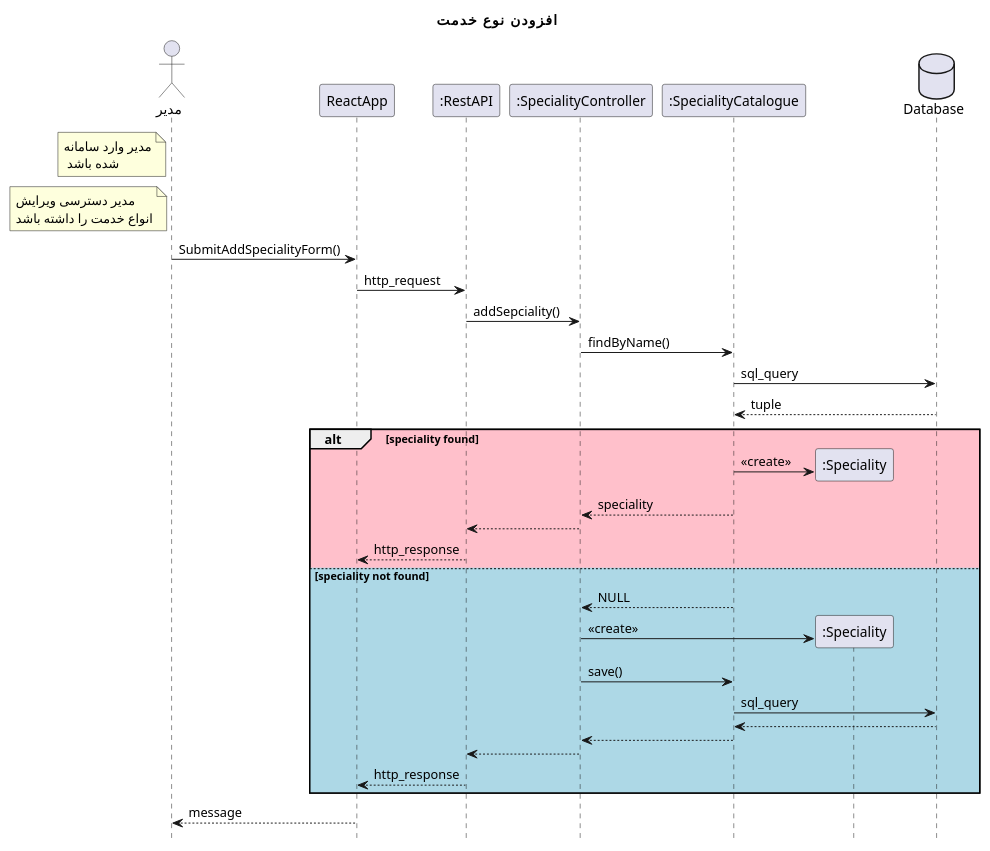
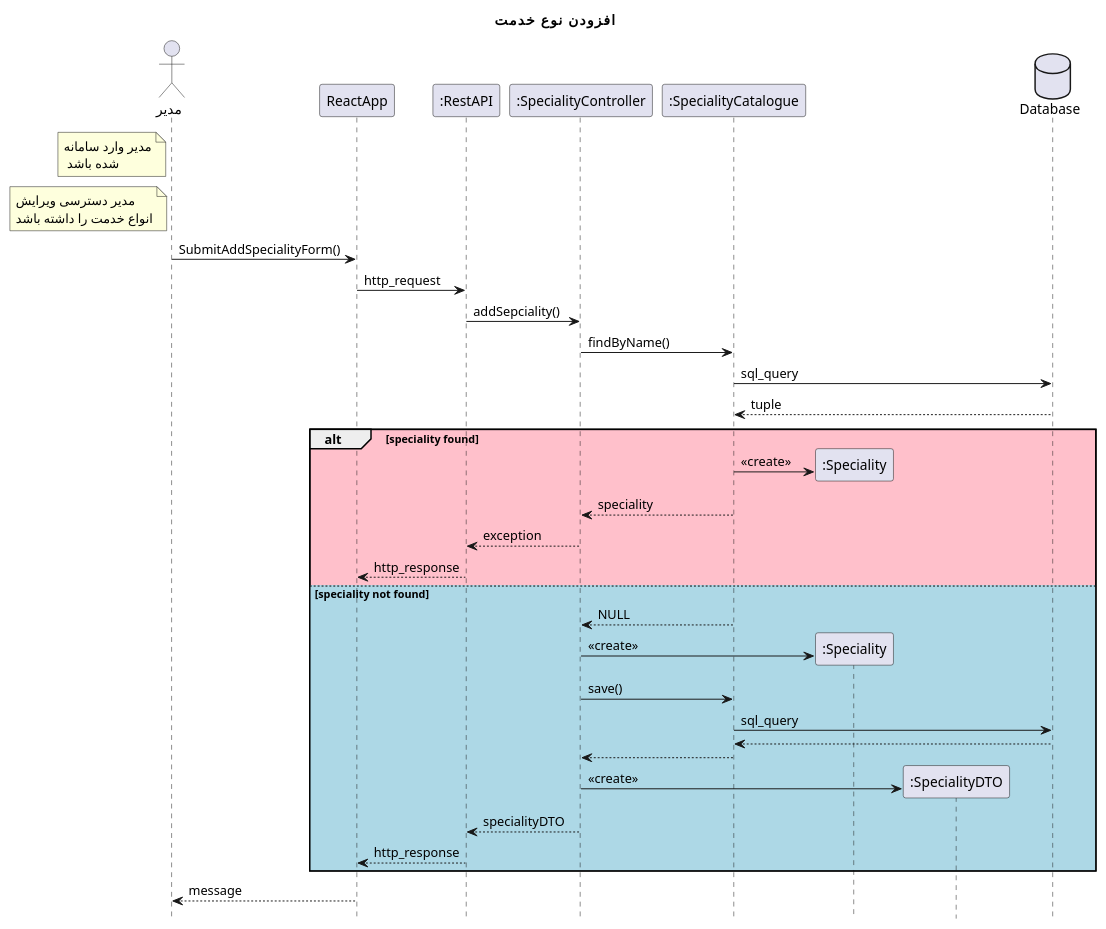
The diagram in design sequence diagams/addSpeciality.plantuml (Khedmatkar-OOD-spring-2022/Model-and-Documents), drawn with PlantUML before and after one commit. The commit also changed 20 other files, not shown here.

```diff
--- a/design sequence diagams/addSpeciality.plantuml
+++ b/design sequence diagams/addSpeciality.plantuml
@@ -1,43 +1,45 @@
 @startuml addSpeciality
 hide footbox
 title "افزودن نوع خدمت"
 actor       "مدیر" as root
 participant ReactApp
 participant ":RestAPI" as RestAPI
 participant ":SpecialityController" as SpecialityController
 participant ":SpecialityCatalogue" as SpecialityCatalogue
 participant ":Speciality" as Speciality
+participant ":SpecialityDTO" as SpecialityDTO
 database Database
 note left of root
     مدیر وارد سامانه
      شده باشد
 end note
 note left of root
     مدیر دسترسی ویرایش
     انواع خدمت را داشته باشد
 end note
     
 root -> ReactApp : SubmitAddSpecialityForm()
 ReactApp -> RestAPI : http_request
 RestAPI -> SpecialityController : addSepciality()
 SpecialityController -> SpecialityCatalogue : findByName()
 SpecialityCatalogue -> Database : sql_query
 return tuple
 alt #Pink speciality found
     SpecialityCatalogue -> Speciality **: <<create>>
     SpecialityCatalogue --> SpecialityController: speciality
-    SpecialityController --> RestAPI
+    SpecialityController --> RestAPI: exception
     RestAPI --> ReactApp: http_response
 else #LightBlue speciality not found
     SpecialityCatalogue --> SpecialityController: NULL
     SpecialityController -> Speciality **: <<create>>
     SpecialityController -> SpecialityCatalogue : save()
     SpecialityCatalogue -> Database: sql_query
     return
     SpecialityCatalogue --> SpecialityController
-    SpecialityController --> RestAPI
+    SpecialityController -> SpecialityDTO **: <<create>>
+    SpecialityController --> RestAPI: specialityDTO
     RestAPI --> ReactApp : http_response 
 end
 
 ReactApp --> root: message
 @enduml
```
